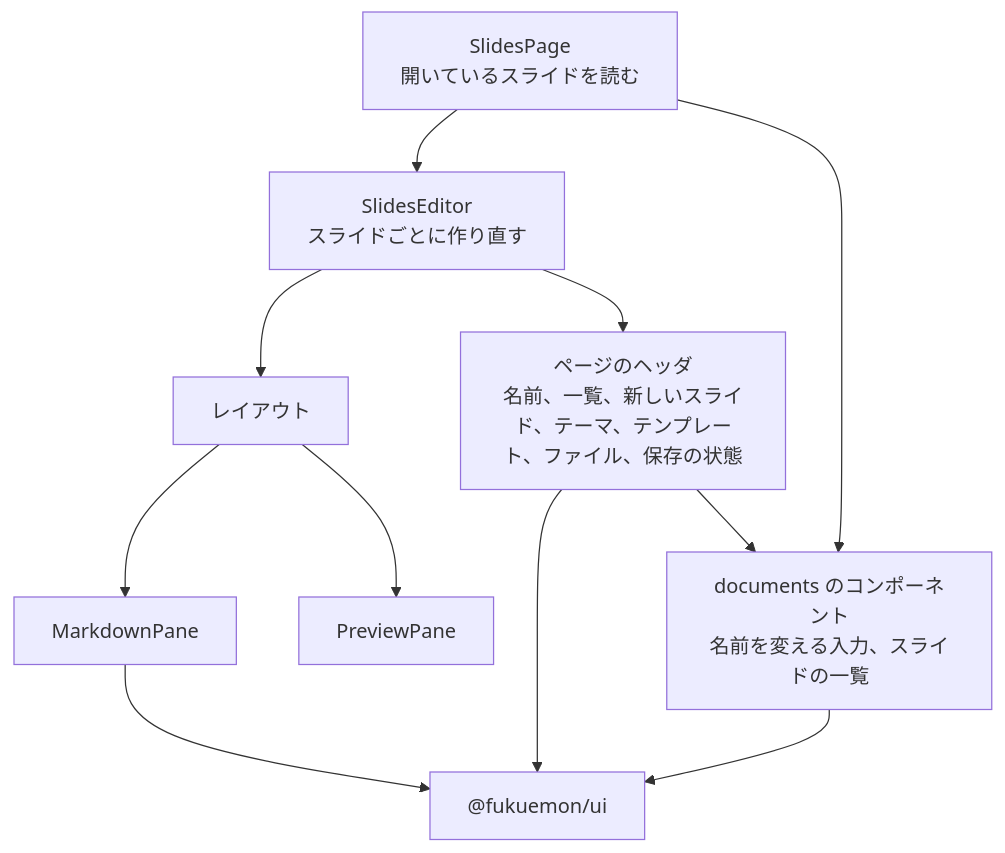
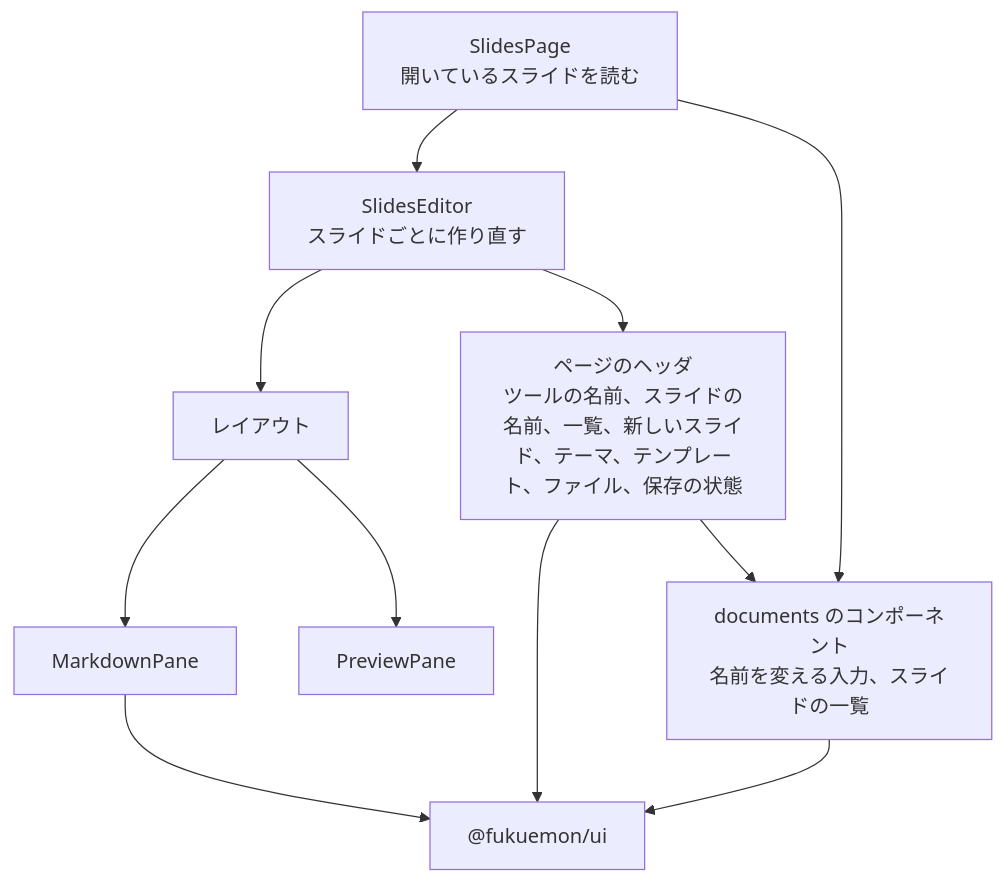
The second of 4 diagrams in docs/design/features/slides/DesignDoc.md (Fukuemon/fukuemon.dev), drawn with Mermaid before and after one commit. The commit also changed other lines of this file and 4 other files, not shown here.

````diff
--- a/docs/design/features/slides/DesignDoc.md
+++ b/docs/design/features/slides/DesignDoc.md
@@ -222,19 +222,19 @@
 ```mermaid
 flowchart TB
   page["SlidesPage<br/>開いているスライドを読む"]
   doc["SlidesEditor<br/>スライドごとに作り直す"]
-  header["ページのヘッダ<br/>名前、一覧、新しいスライド、テーマ、テンプレート、ファイル、保存の状態"]
+  header["ページのヘッダ<br/>ツールの名前、スライドの名前、一覧、新しいスライド、テーマ、テンプレート、ファイル、保存の状態"]
   layout["レイアウト"]
   editor["MarkdownPane"]
   preview["PreviewPane"]
   list["documents のコンポーネント<br/>名前を変える入力、スライドの一覧"]
   ui["@fukuemon/ui"]
 
   page --> doc
   page --> list --> ui
   doc --> header --> ui
   header --> list
   doc --> layout
   layout --> editor --> ui
   layout --> preview
 ```
````
